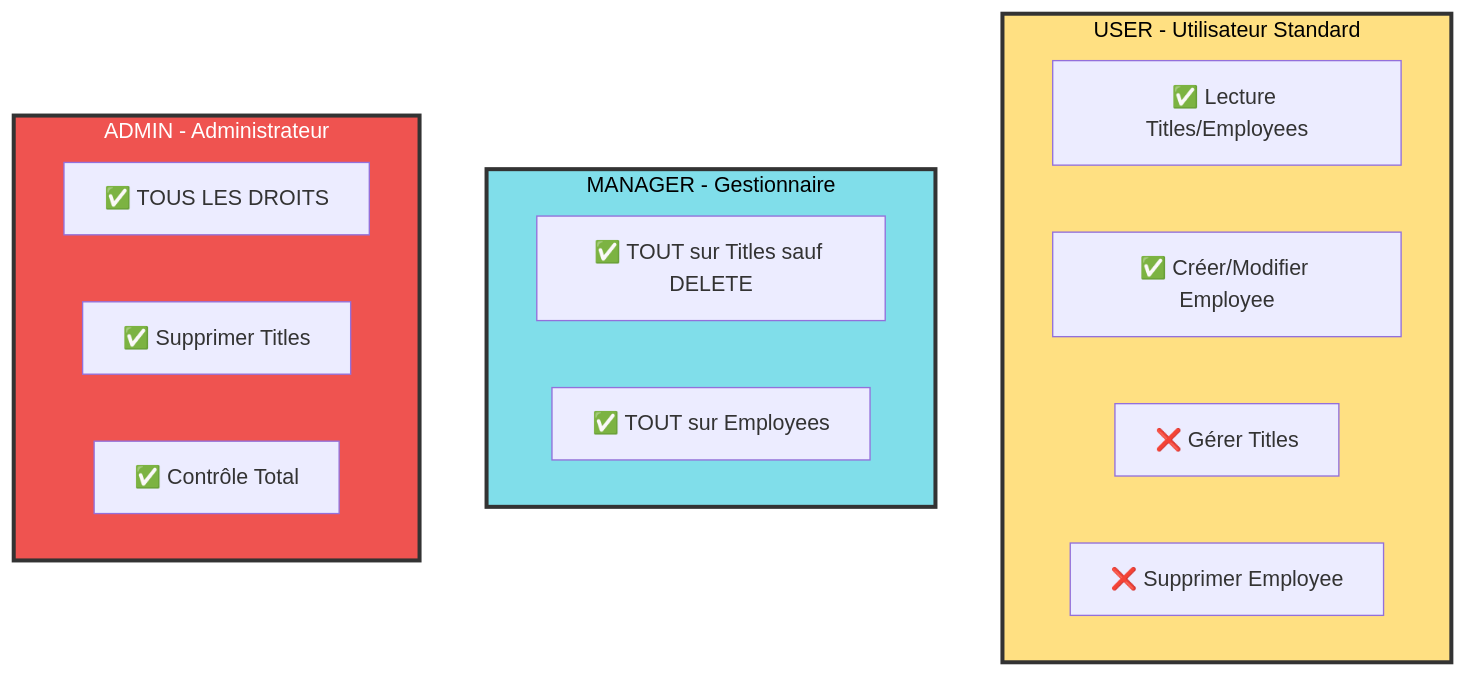
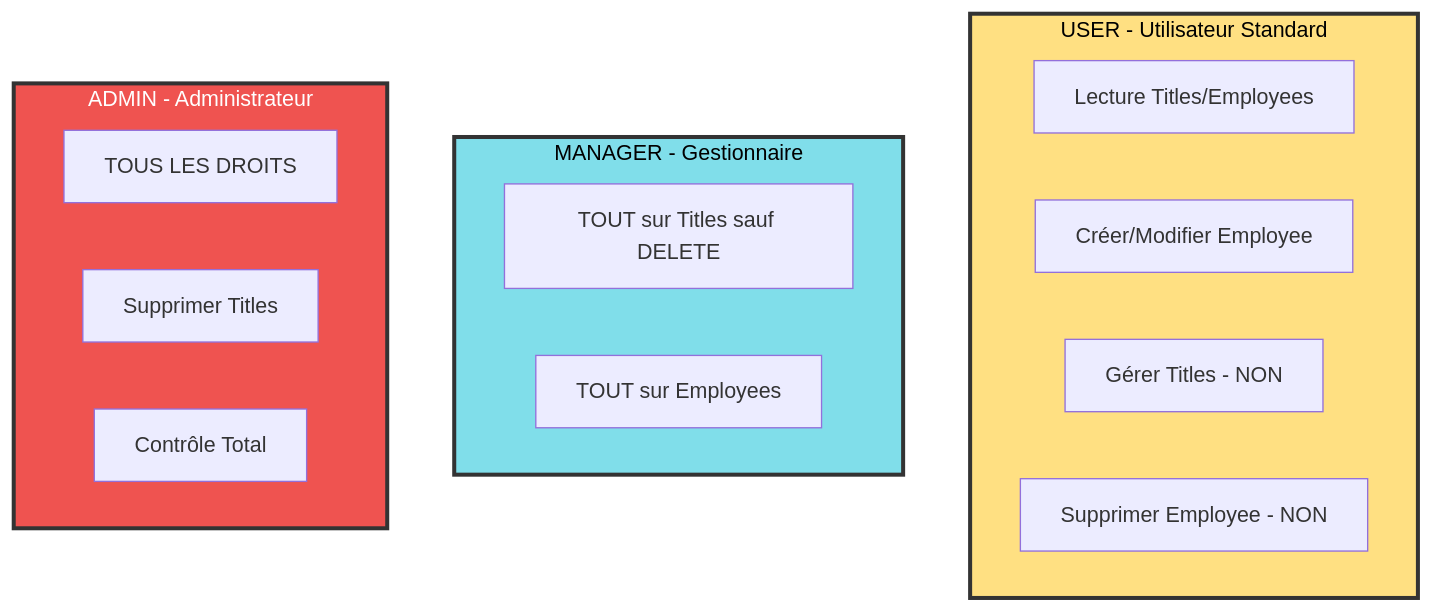
Before and after one commit to inskillflow/ASPNETCORE-WEB-API-XtraWork-PART-2-INTEGRER-INTERFACES-1: the ninth of 9 diagrams in XtraWork/15-GUIDE_TEST_SWAGGER_PAR_ROLE.md, drawn with Mermaid. The commit also changed other lines of this file, not shown here.

````diff
--- a/XtraWork/15-GUIDE_TEST_SWAGGER_PAR_ROLE.md
+++ b/XtraWork/15-GUIDE_TEST_SWAGGER_PAR_ROLE.md
@@ -1226,24 +1229,24 @@
 ```mermaid
 graph TB
     subgraph USER [USER - Utilisateur Standard]
-        U1[✅ Lecture Titles/Employees]
-        U2[✅ Créer/Modifier Employee]
-        U3[❌ Gérer Titles]
-        U4[❌ Supprimer Employee]
+        UR[Lecture Titles/Employees]
+        UC[Créer/Modifier Employee]
+        UN[Gérer Titles - NON]
+        UD[Supprimer Employee - NON]
     end
     
     subgraph MANAGER [MANAGER - Gestionnaire]
-        M1[✅ TOUT sur Titles sauf DELETE]
-        M2[✅ TOUT sur Employees]
+        MT[TOUT sur Titles sauf DELETE]
+        ME[TOUT sur Employees]
     end
     
     subgraph ADMIN [ADMIN - Administrateur]
-        A1[✅ TOUS LES DROITS]
-        A2[✅ Supprimer Titles]
-        A3[✅ Contrôle Total]
+        AA[TOUS LES DROITS]
+        AT[Supprimer Titles]
+        AC[Contrôle Total]
     end
     
     style USER fill:#FFE082,color:#000,stroke:#333,stroke-width:3px
     style MANAGER fill:#80DEEA,color:#000,stroke:#333,stroke-width:3px
     style ADMIN fill:#EF5350,color:#fff,stroke:#333,stroke-width:3px
 ```
````
